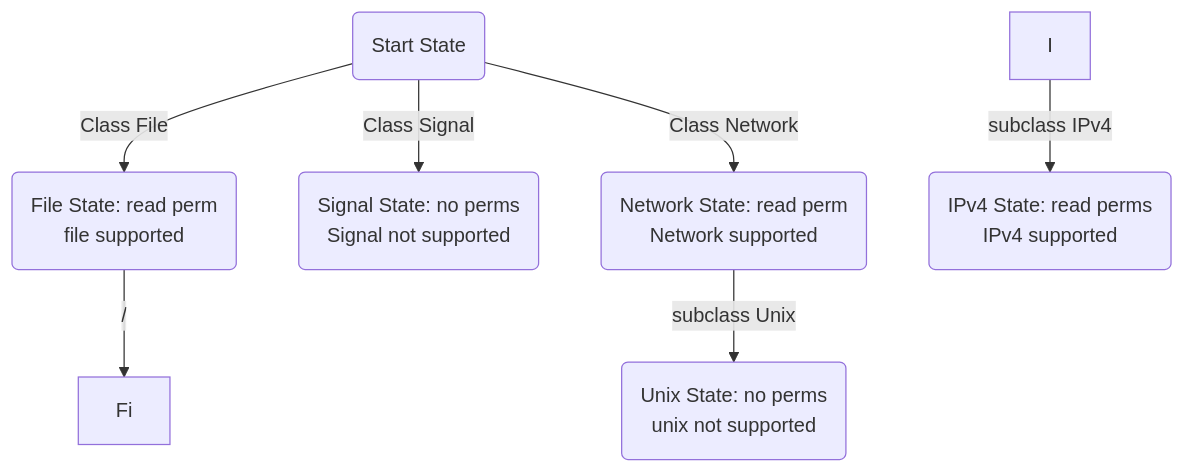
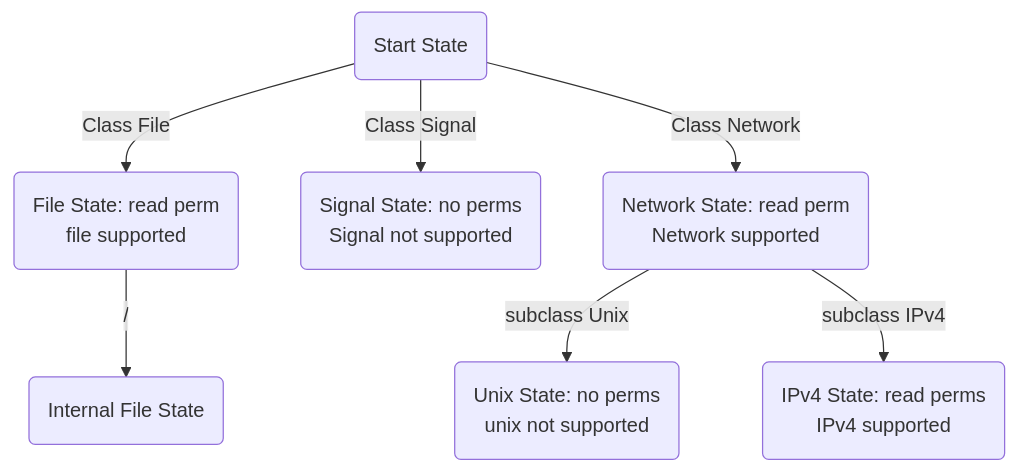
One commit to youngker/apparmor-wiki changed the diagram in AppArmorFeatureABI.md. Above: the diagram before and after it, drawn with Mermaid.

Commit message:
Update AppArmorFeatureABI

````diff
--- a/AppArmorFeatureABI.md
+++ b/AppArmorFeatureABI.md
@@ -144,10 +144,10 @@
 ```mermaid
 graph TD;
   A(Start State) --> |Class File| F;
   A --> |Class Signal| S(Signal State: no perms<br> Signal not supported);
   A --> |Class Network| N;
-  F(File State: read perm<br> file supported) --> |/| Fi;
+  F(File State: read perm<br> file supported) --> |/| Fi(Internal File State);
   N(Network State: read perm<br> Network supported) --> |subclass Unix| U(Unix State: no perms<br> unix not supported);
-  I --> |subclass IPv4| ipv4(IPv4 State: read perms<br>IPv4 supported);
+  N --> |subclass IPv4| ipv4(IPv4 State: read perms<br>IPv4 supported);
 
 ```
````
